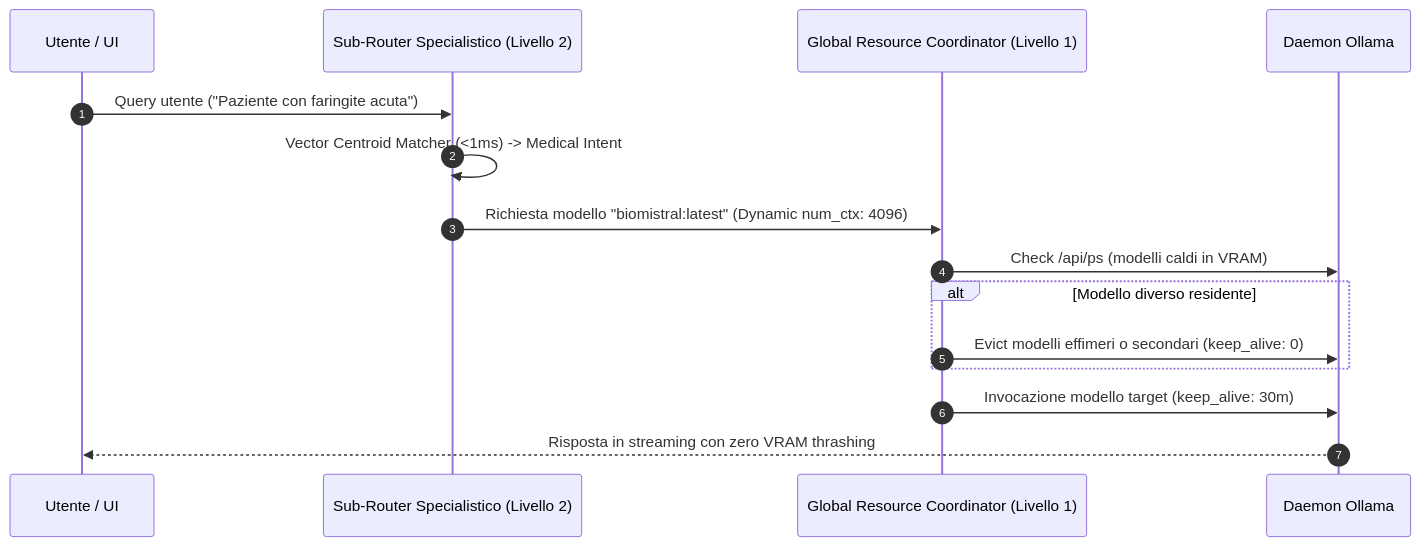
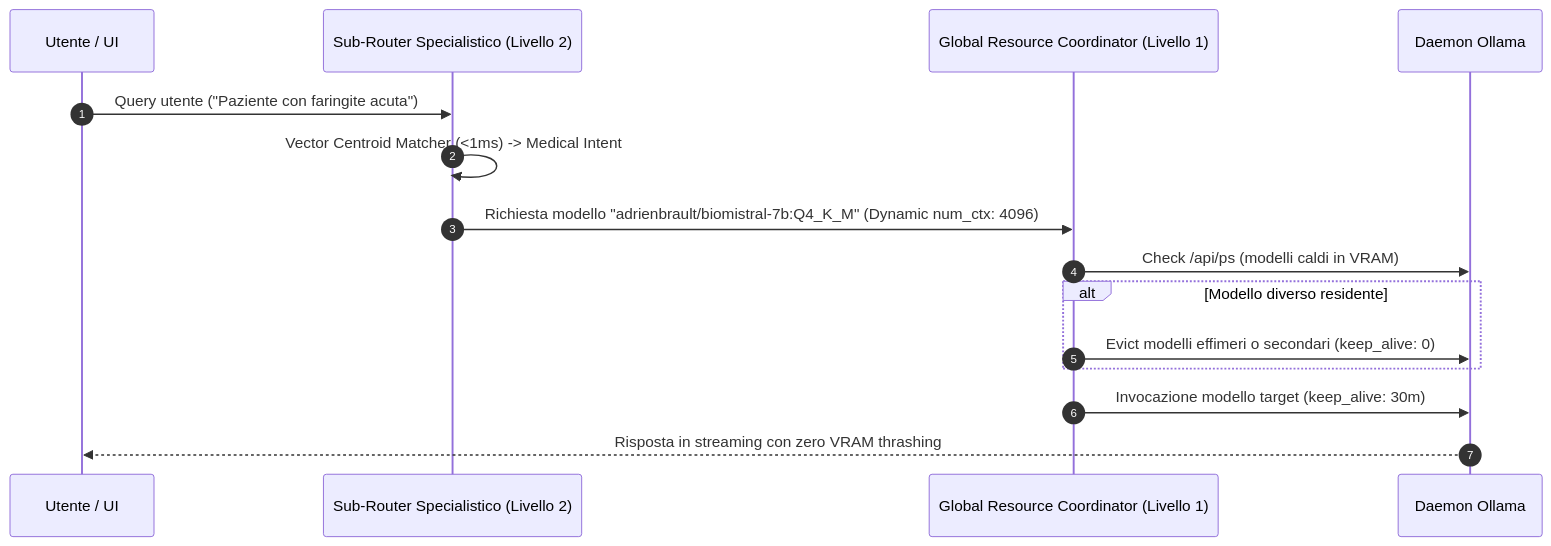
One commit to dennidalpos/OnlyRagV2 changed the second of 3 diagrams in docs/architecture.md. Above: the diagram before and after it, drawn with Mermaid. The commit also changed other lines of this file and 66 other files, not shown here.

````diff
--- a/docs/architecture.md
+++ b/docs/architecture.md
@@ -85,18 +85,18 @@
 ```mermaid
 sequenceDiagram
     autonumber
     participant User as Utente / UI
     participant Router as Sub-Router Specialistico (Livello 2)
     participant Coord as Global Resource Coordinator (Livello 1)
     participant Ollama as Daemon Ollama
 
     User->>Router: Query utente ("Paziente con faringite acuta")
     Router->>Router: Vector Centroid Matcher (<1ms) -> Medical Intent
-    Router->>Coord: Richiesta modello "biomistral:latest" (Dynamic num_ctx: 4096)
+    Router->>Coord: Richiesta modello "adrienbrault/biomistral-7b:Q4_K_M" (Dynamic num_ctx: 4096)
     Coord->>Ollama: Check /api/ps (modelli caldi in VRAM)
     alt Modello diverso residente
         Coord->>Ollama: Evict modelli effimeri o secondari (keep_alive: 0)
     end
     Coord->>Ollama: Invocazione modello target (keep_alive: 30m)
     Ollama-->>User: Risposta in streaming con zero VRAM thrashing
 ```
````
